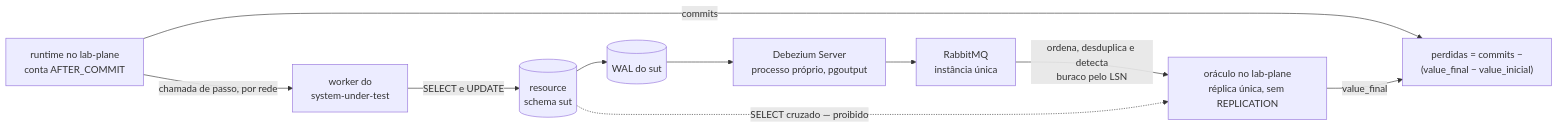
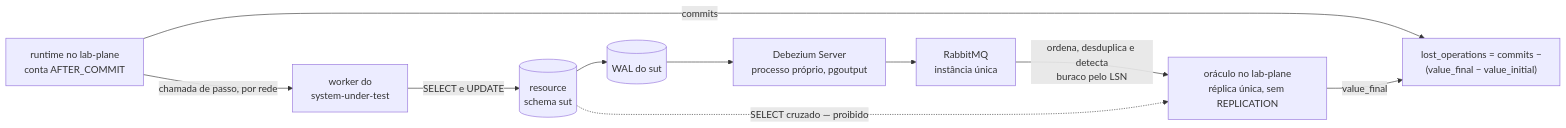
One commit to da0hn/distributed-systems-experiment-lab changed the diagram in docs/features/deteccao-de-atualizacao-perdida/feature-card.md. Above: the diagram before and after it, drawn with Mermaid. The commit also changed other lines of this file and 22 other files, not shown here.

````diff
--- a/docs/features/deteccao-de-atualizacao-perdida/feature-card.md
+++ b/docs/features/deteccao-de-atualizacao-perdida/feature-card.md
@@ -86,18 +86,18 @@
 ```mermaid
 flowchart LR
     RT["runtime no lab-plane<br/>conta AFTER_COMMIT"]
     WK["worker do<br/>system-under-test"]
     RS[("resource<br/>schema sut")]
     WAL[("WAL do sut")]
     DS["Debezium Server<br/>processo próprio, pgoutput"]
     RB["RabbitMQ<br/>instância única"]
     OR["oráculo no lab-plane<br/>réplica única, sem REPLICATION"]
-    VD["perdidas = commits −<br/>(value_final − value_inicial)"]
+    VD["lost_operations = commits −<br/>(value_final − value_initial)"]
     RT -->|" chamada de passo, por rede "| WK
     WK -->|" SELECT e UPDATE "| RS
     RS --> WAL --> DS --> RB
     RB -->|" ordena, desduplica e detecta<br/>buraco pelo LSN "| OR
     RT -->|" commits "| VD
     OR -->|" value_final "| VD
     RS -.->|" SELECT cruzado — proibido "| OR
 ```
````
